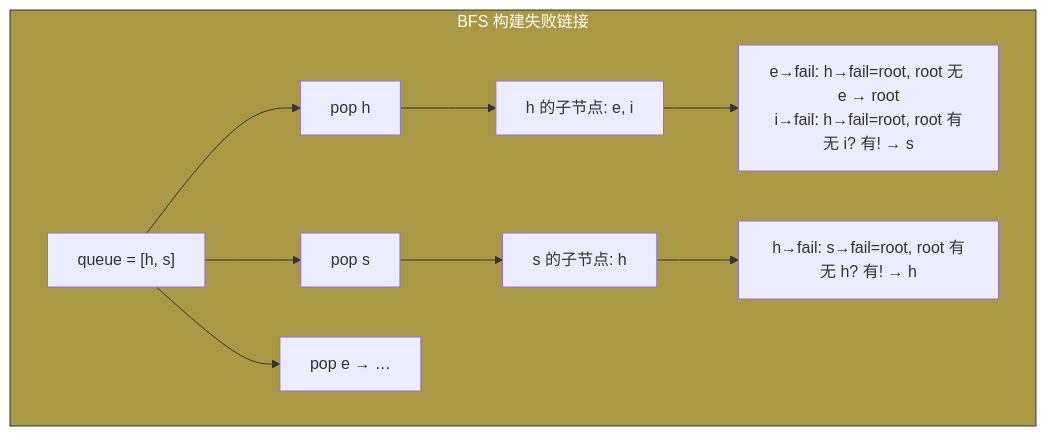
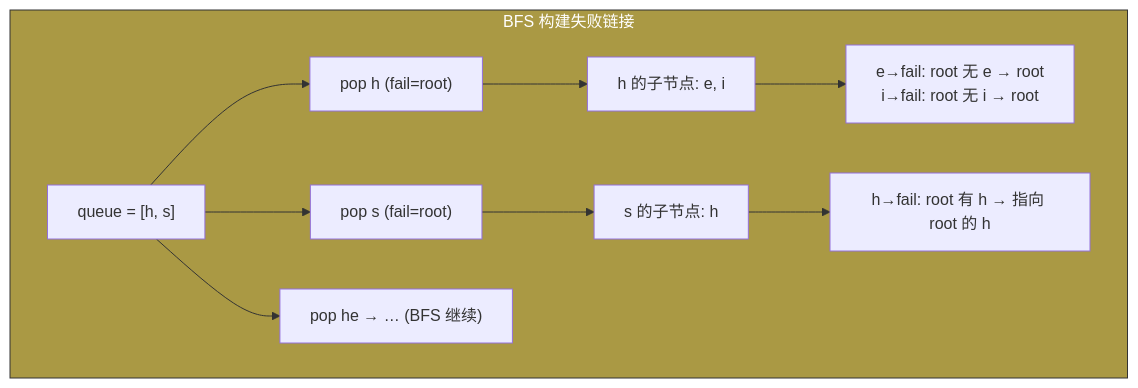
Before and after one commit to CandyMi/ccac: the fourth of 5 diagrams in docs/ac-diagrams.md, drawn with Mermaid. The commit also changed other lines of this file and 10 other files, not shown here.

First line of the commit message:
refactor: rename ccac_find → ccac_match; fix wrong failure links in AC diagrams

````diff
--- a/docs/ac-diagrams.md
+++ b/docs/ac-diagrams.md
@@ -104,14 +113,14 @@
 ```mermaid
 flowchart TD
     subgraph BFS["BFS 构建失败链接"]
-        Q["queue = [h, s]"] --> P1["pop h"]
+        Q["queue = [h, s]"] --> P1["pop h (fail=root)"]
         P1 --> C1["h 的子节点: e, i"]
-        C1 --> F1["e→fail: h→fail=root, root 无 e → root<br/>i→fail: h→fail=root, root 有无 i? 有! → s"]
-        Q --> P2["pop s"]
+        C1 --> F1["e→fail: root 无 e → root<br/>i→fail: root 无 i → root"]
+        Q --> P2["pop s (fail=root)"]
         P2 --> C2["s 的子节点: h"]
-        C2 --> F2["h→fail: s→fail=root, root 有无 h? 有! → h"]
-        Q --> P3["pop e → …"]
+        C2 --> F2["h→fail: root 有 h → 指向 root 的 h"]
+        Q --> P3["pop he → … (BFS 继续)"]
     end
-    
+
     style BFS fill:#a94,stroke:#333,color:#fff
 ```
````
